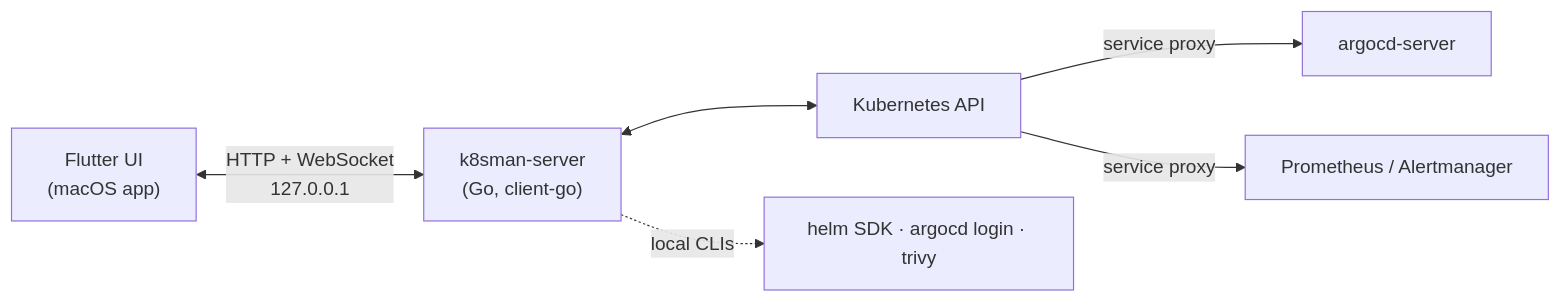
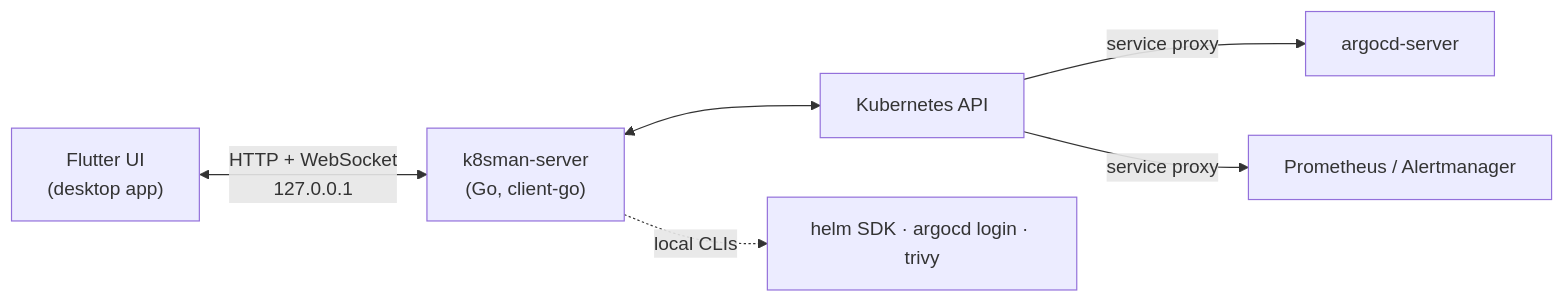
One commit to matty234/k8sman changed the diagram in README.md. Above: the diagram before and after it, drawn with Mermaid. The commit also changed other lines of this file and 4 other files, not shown here.

````diff
--- a/README.md
+++ b/README.md
@@ -463,8 +502,8 @@
 ```mermaid
 flowchart LR
-  UI["Flutter UI<br/>(macOS app)"] <-- "HTTP + WebSocket<br/>127.0.0.1" --> BE["k8sman-server<br/>(Go, client-go)"]
+  UI["Flutter UI<br/>(desktop app)"] <-- "HTTP + WebSocket<br/>127.0.0.1" --> BE["k8sman-server<br/>(Go, client-go)"]
   BE <--> K8S["Kubernetes API"]
   K8S -- "service proxy" --> ARGO["argocd-server"]
   K8S -- "service proxy" --> PROM["Prometheus / Alertmanager"]
   BE -. "local CLIs" .-> CLI["helm SDK · argocd login · trivy"]
 ```
````
